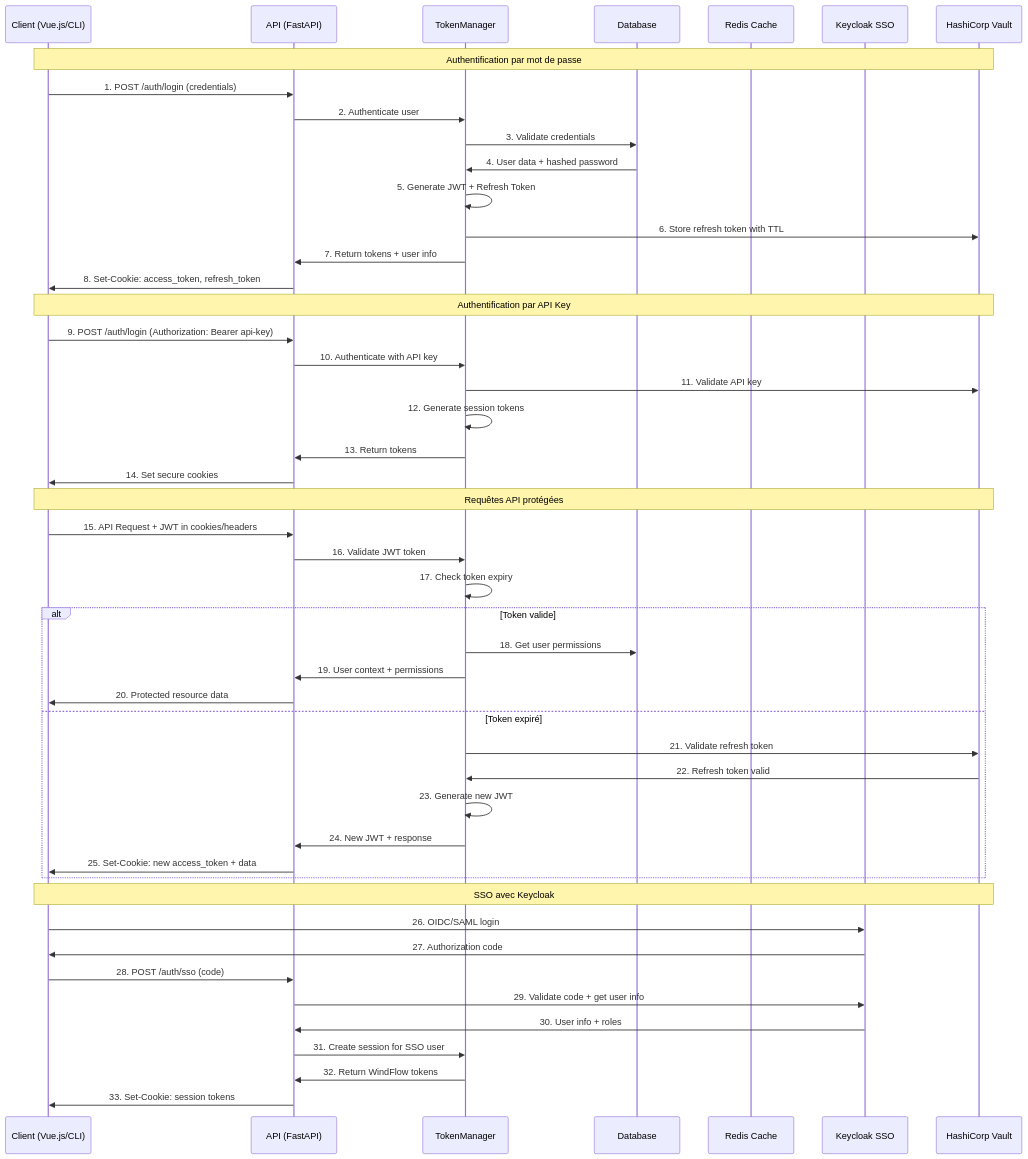
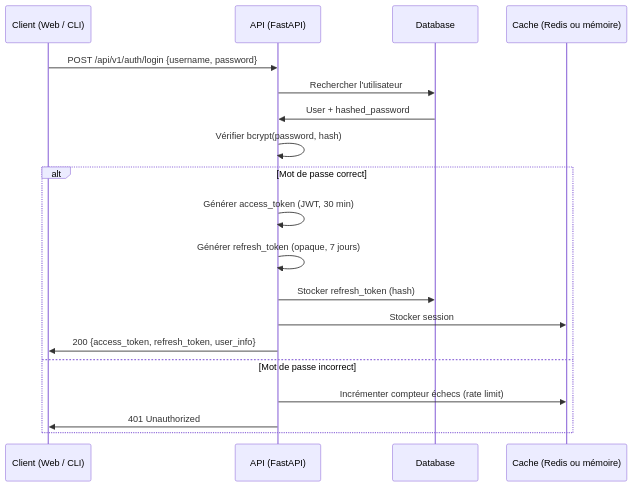
The first of 2 diagrams in doc/general_specs/05-authentication.md (stefapi/windflow), drawn with Mermaid before and after one commit. The commit also changed other lines of this file and 48 other files, not shown here.

Commit message:
feat: added a system to manage roadmap and developments

````diff
--- a/doc/general_specs/05-authentication.md
+++ b/doc/general_specs/05-authentication.md
@@ -229,54 +27,22 @@
 ```mermaid
 sequenceDiagram
-    participant Client as Client (Vue.js/CLI)
+    participant Client as Client (Web / CLI)
     participant API as API (FastAPI)
-    participant TokenMgr as TokenManager
     participant DB as Database
-    participant Cache as Redis Cache
-    participant Keycloak as Keycloak SSO
-    participant Vault as HashiCorp Vault
+    participant Cache as Cache (Redis ou mémoire)
 
-    Note over Client,Vault: Authentification par mot de passe
-    Client->>API: 1. POST /auth/login (credentials)
-    API->>TokenMgr: 2. Authenticate user
-    TokenMgr->>DB: 3. Validate credentials
-    DB->>TokenMgr: 4. User data + hashed password
-    TokenMgr->>TokenMgr: 5. Generate JWT + Refresh Token
-    TokenMgr->>Vault: 6. Store refresh token with TTL
-    TokenMgr->>API: 7. Return tokens + user info
-    API->>Client: 8. Set-Cookie: access_token, refresh_token
-
-    Note over Client,Vault: Authentification par API Key
-    Client->>API: 9. POST /auth/login (Authorization: Bearer api-key)
-    API->>TokenMgr: 10. Authenticate with API key
-    TokenMgr->>Vault: 11. Validate API key
-    TokenMgr->>TokenMgr: 12. Generate session tokens
-    TokenMgr->>API: 13. Return tokens
-    API->>Client: 14. Set secure cookies
-
-    Note over Client,Vault: Requêtes API protégées
-    Client->>API: 15. API Request + JWT in cookies/headers
-    API->>TokenMgr: 16. Validate JWT token
-    TokenMgr->>TokenMgr: 17. Check token expiry
-    alt Token valide
-        TokenMgr->>DB: 18. Get user permissions
-        TokenMgr->>API: 19. User context + permissions
-        API->>Client: 20. Protected resource data
-    else Token expiré
-        TokenMgr->>Vault: 21. Validate refresh token
-        Vault->>TokenMgr: 22. Refresh token valid
-        TokenMgr->>TokenMgr: 23. Generate new JWT
-        TokenMgr->>API: 24. New JWT + response
-        API->>Client: 25. Set-Cookie: new access_token + data
+    Client->>API: POST /api/v1/auth/login {username, password}
+    API->>DB: Rechercher l'utilisateur
+    DB->>API: User + hashed_password
+    API->>API: Vérifier bcrypt(password, hash)
+    alt Mot de passe correct
+        API->>API: Générer access_token (JWT, 30 min)
+        API->>API: Générer refresh_token (opaque, 7 jours)
+        API->>DB: Stocker refresh_token (hash)
+        API->>Cache: Stocker session
+        API->>Client: 200 {access_token, refresh_token, user_info}
+    else Mot de passe incorrect
+        API->>Cache: Incrémenter compteur échecs (rate limit)
+        API->>Client: 401 Unauthorized
     end
-
-    Note over Client,Vault: SSO avec Keycloak
-    Client->>Keycloak: 26. OIDC/SAML login
-    Keycloak->>Client: 27. Authorization code
-    Client->>API: 28. POST /auth/sso (code)
-    API->>Keycloak: 29. Validate code + get user info
-    Keycloak->>API: 30. User info + roles
-    API->>TokenMgr: 31. Create session for SSO user
-    TokenMgr->>API: 32. Return WindFlow tokens
-    API->>Client: 33. Set-Cookie: session tokens
 ```
````
